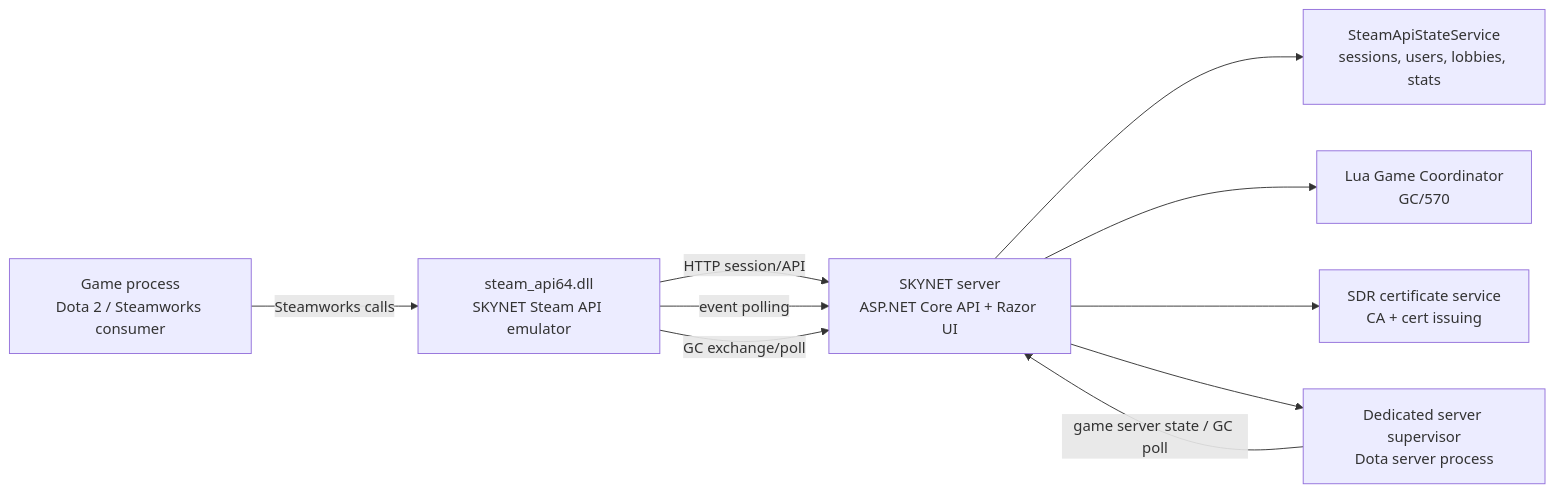
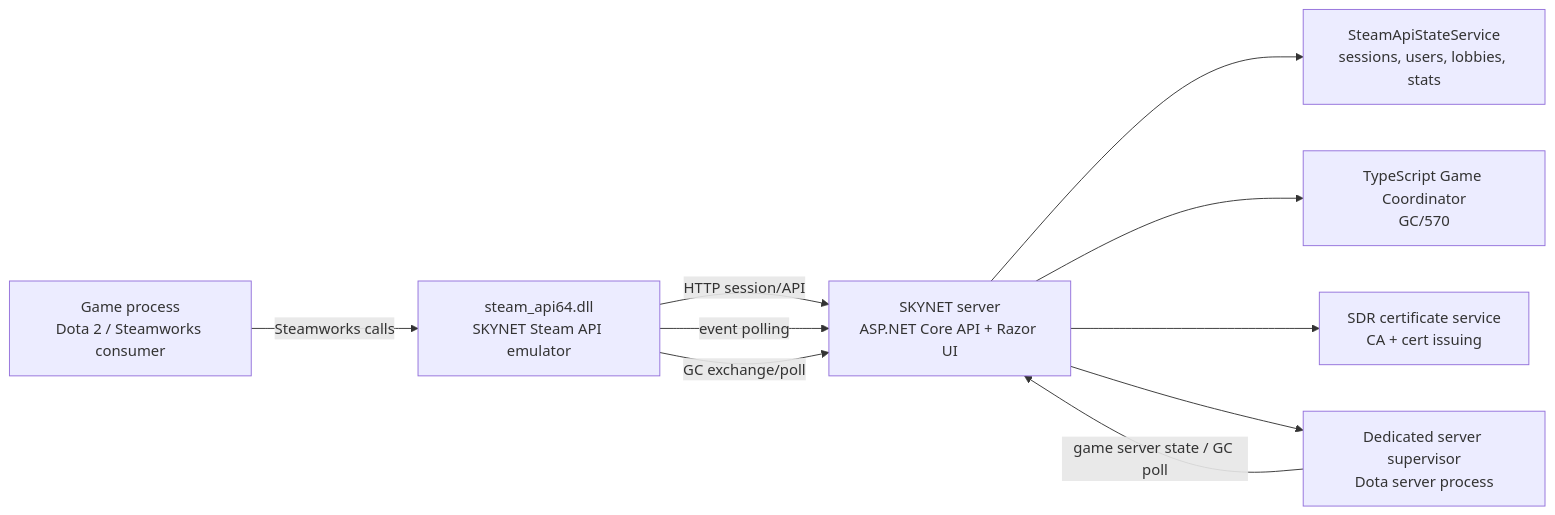
Before and after one commit to Hackerprod/-SKYNET-Steam-Emulator: the diagram in README.md, drawn with Mermaid. The commit also changed other lines of this file and 9 other files, not shown here.

````diff
--- a/README.md
+++ b/README.md
@@ -38,20 +38,20 @@
 ```mermaid
 flowchart LR
     Game["Game process<br/>Dota 2 / Steamworks consumer"]
     DLL["steam_api64.dll<br/>SKYNET Steam API emulator"]
     API["SKYNET server<br/>ASP.NET Core API + Razor UI"]
     State["SteamApiStateService<br/>sessions, users, lobbies, stats"]
-    GC["Lua Game Coordinator<br/>GC/570"]
+    GC["TypeScript Game Coordinator<br/>GC/570"]
     SDR["SDR certificate service<br/>CA + cert issuing"]
     DS["Dedicated server supervisor<br/>Dota server process"]
 
     Game -->|Steamworks calls| DLL
     DLL -->|HTTP session/API| API
     DLL -->|event polling| API
     DLL -->|GC exchange/poll| API
     API --> State
     API --> GC
     API --> SDR
     API --> DS
     DS -->|game server state / GC poll| API
 ```
````
